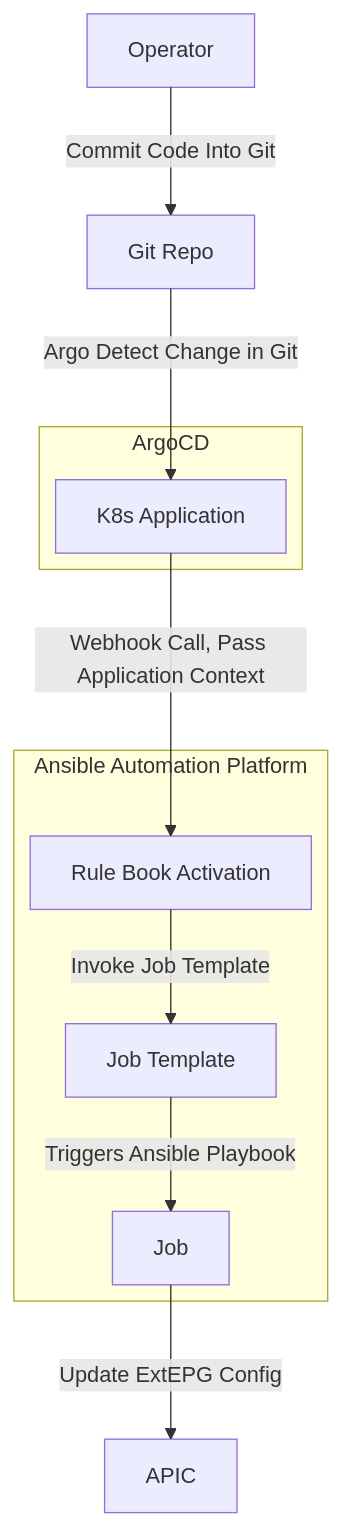
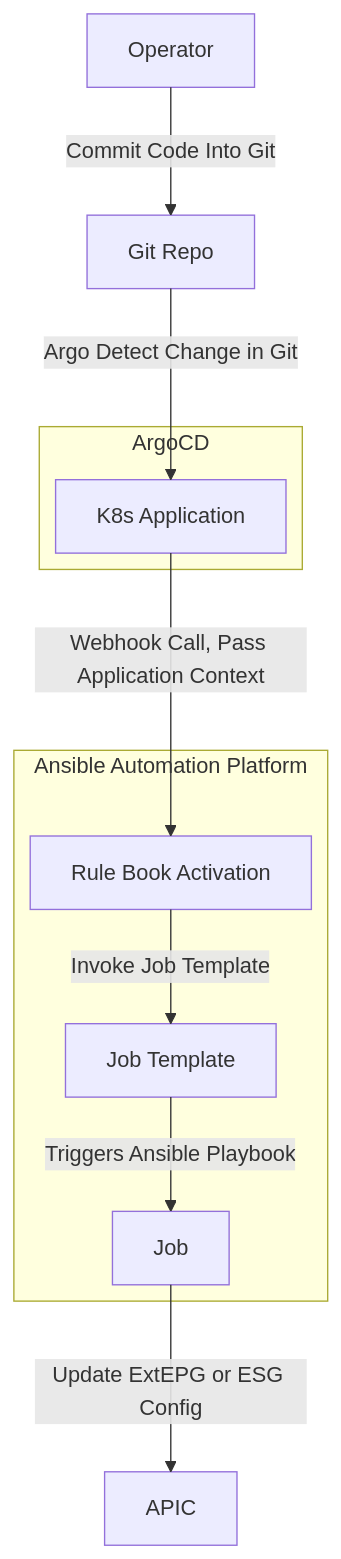
One commit to camrossi/aci-k8s-demo changed the second of 2 diagrams in README.md. Above: the diagram before and after it, drawn with Mermaid. The commit also changed other lines of this file and 2 other files, not shown here.

````diff
--- a/README.md
+++ b/README.md
@@ -52,19 +60,19 @@
 ```mermaid
     flowchart-elk TD
         O["Operator"]
         GR["Git Repo"]
         subgraph ArgoCD
             KA["K8s Application"]
         end
         subgraph Ansible Automation Platform
             RBA["Rule Book Activation"]
             JT["Job Template"]
             J["Job"]
             RBA -- "Invoke Job Template" --> JT
             JT -- "Triggers Ansible Playbook" --> J
         end
         O -- "Commit Code Into Git" --> GR
         GR -- "Argo Detect Change in Git" --> KA
         KA -- "Webhook Call, Pass Application Context" --> RBA
-        J -- "Update ExtEPG Config" --> APIC
+        J -- "Update ExtEPG or ESG Config" --> APIC
 ```
````
